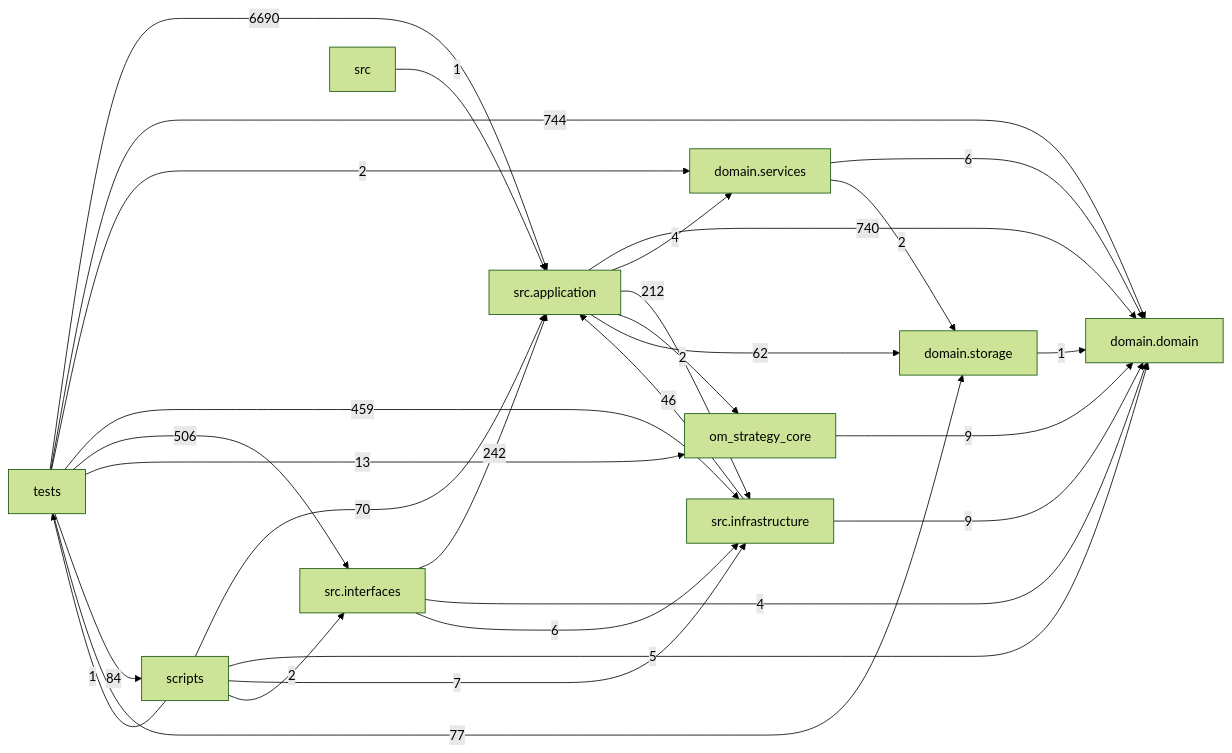
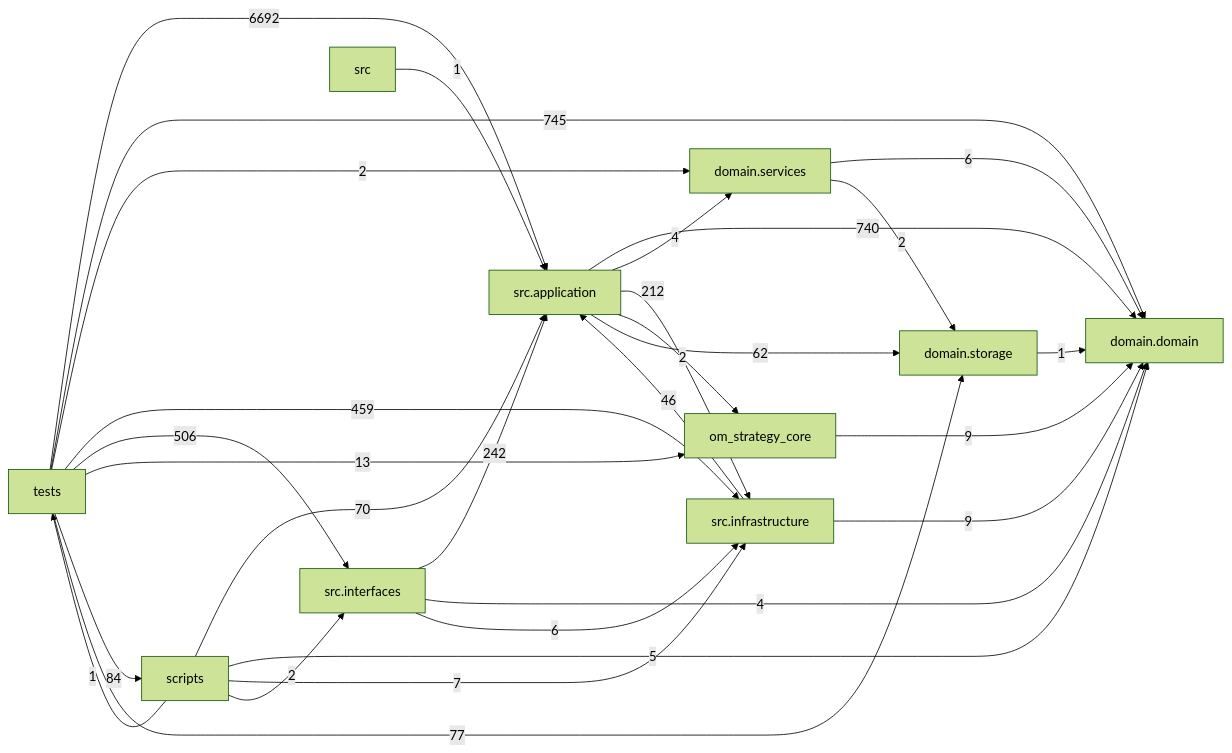
Before and after one commit to liuxie066/options-monitor: the diagram in docs/DEPENDENCY_GRAPH.md, drawn with Mermaid (forest theme). The commit also changed other lines of this file, not shown here.

Commit message:
docs(deps): refresh generated graph for pinned-clock imports

````diff
--- a/docs/DEPENDENCY_GRAPH.md
+++ b/docs/DEPENDENCY_GRAPH.md
@@ -24,39 +24,39 @@
 ```mermaid
 flowchart LR
   tests["tests"]
   scripts["scripts"]
   interfaces["src.interfaces"]
   application["src.application"]
   infrastructure["src.infrastructure"]
   domain_services["domain.services"]
   domain["domain.domain"]
   storage["domain.storage"]
   application -->|740| domain
   application -->|4| domain_services
   application -->|212| infrastructure
   application -->|2| om_strategy_core
   application -->|62| storage
   domain_services -->|6| domain
   domain_services -->|2| storage
   infrastructure -->|46| application
   infrastructure -->|9| domain
   interfaces -->|242| application
   interfaces -->|4| domain
   interfaces -->|6| infrastructure
   om_strategy_core -->|9| domain
   scripts -->|70| application
   scripts -->|5| domain
   scripts -->|7| infrastructure
   scripts -->|2| interfaces
   scripts -->|1| tests
   src -->|1| application
   storage -->|1| domain
-  tests -->|6690| application
-  tests -->|744| domain
+  tests -->|6692| application
+  tests -->|745| domain
   tests -->|2| domain_services
   tests -->|459| infrastructure
   tests -->|506| interfaces
   tests -->|13| om_strategy_core
   tests -->|84| scripts
   tests -->|77| storage
 ```
````
